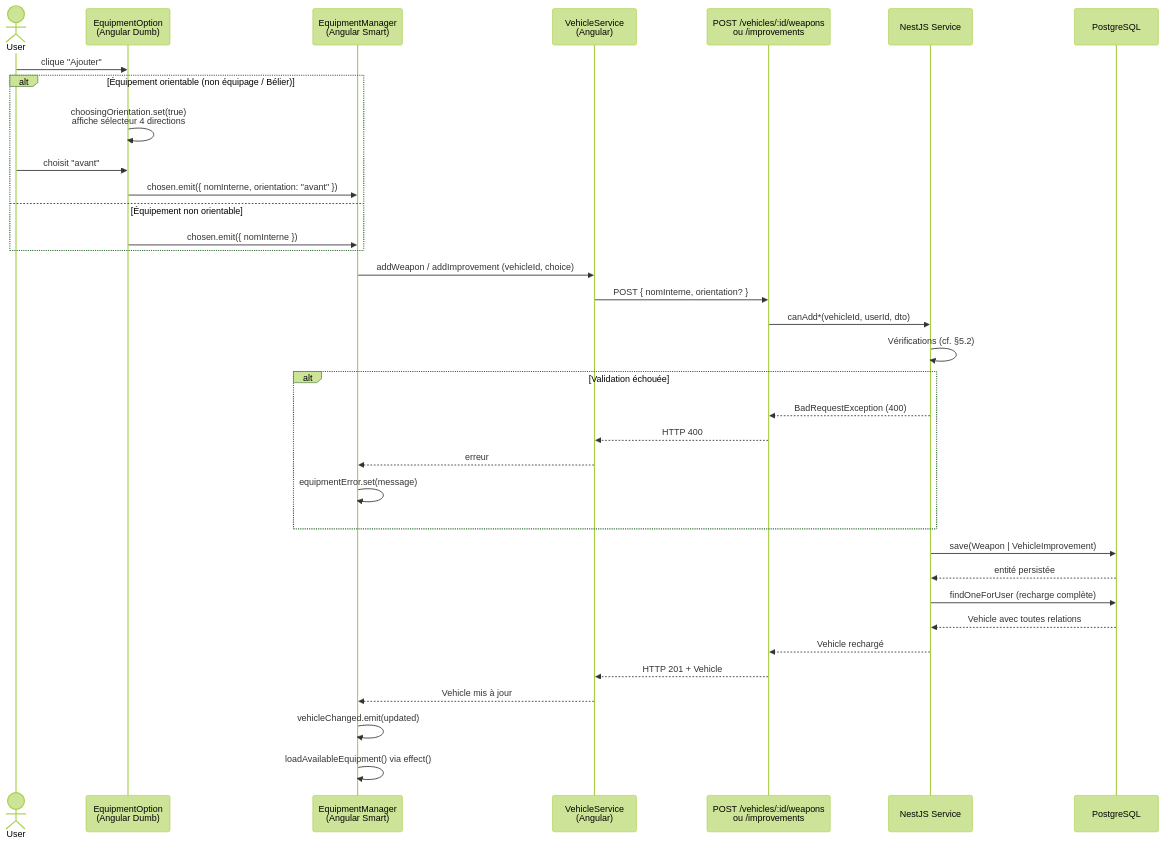
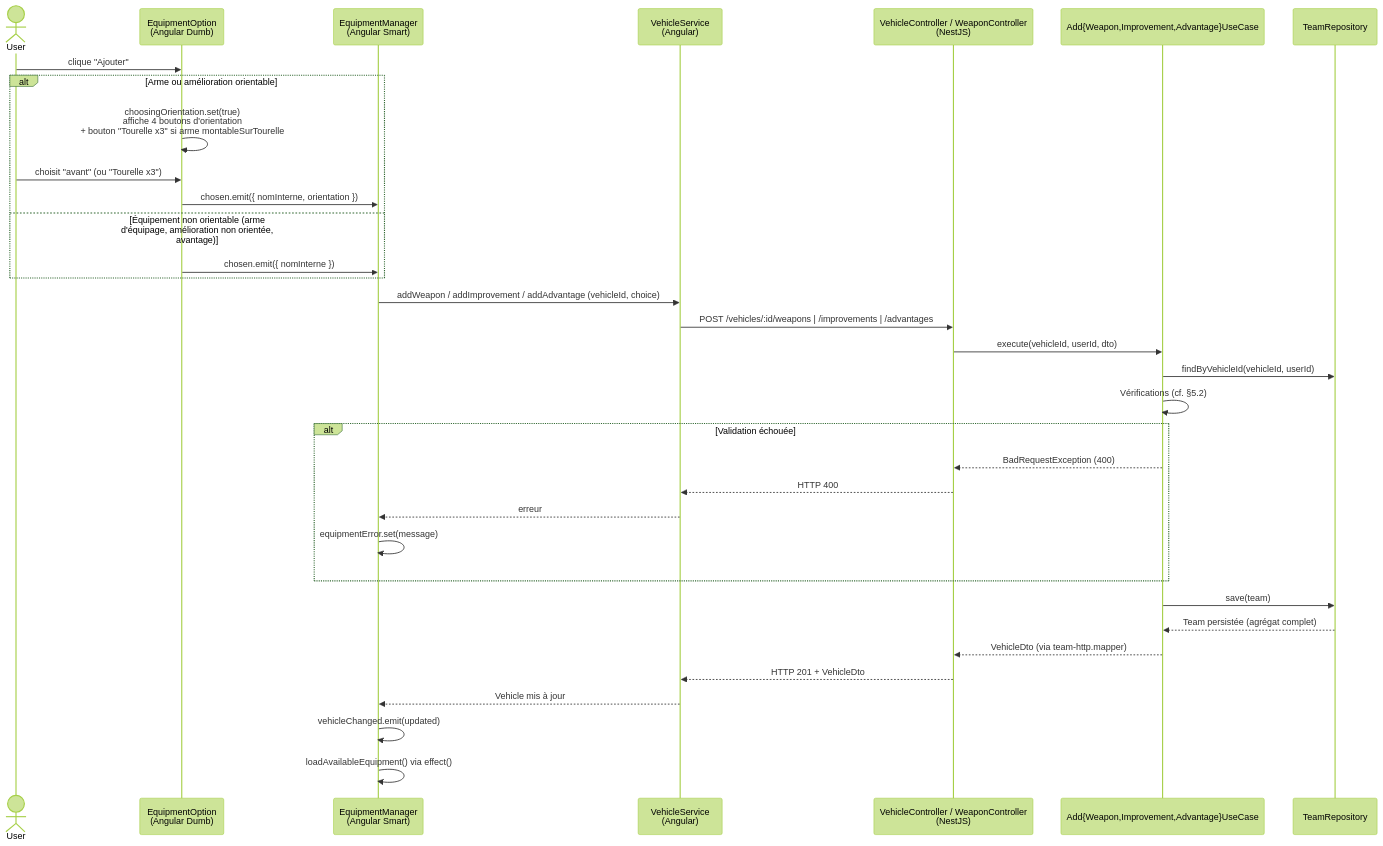
One commit to arnaudbracchetti/gaslands-manager changed the fifth of 7 diagrams in docs/VEHICLE_SYSTEM.md. Above: the diagram before and after it, drawn with Mermaid (forest theme). The commit also changed other lines of this file and 3 other files, not shown here.

First line of the commit message:
docs: resynchronise VEHICLE_SYSTEM.md, VEHICLES.md et CAMPAIGN.md avec le code

````diff
--- a/docs/VEHICLE_SYSTEM.md
+++ b/docs/VEHICLE_SYSTEM.md
@@ -392,41 +470,40 @@
 ```mermaid
 sequenceDiagram
     actor User
     participant EO as EquipmentOption<br/>(Angular Dumb)
     participant EM as EquipmentManager<br/>(Angular Smart)
     participant VS as VehicleService<br/>(Angular)
-    participant API as POST /vehicles/:id/weapons<br/>ou /improvements
-    participant BVSS as NestJS Service
-    participant DB as PostgreSQL
+    participant Ctrl as VehicleController / WeaponController<br/>(NestJS)
+    participant UC as Add{Weapon,Improvement,Advantage}UseCase
+    participant TR as TeamRepository
 
     User->>EO: clique "Ajouter"
-    alt Équipement orientable (non équipage / Bélier)
-        EO->>EO: choosingOrientation.set(true)<br/>affiche sélecteur 4 directions
-        User->>EO: choisit "avant"
-        EO->>EM: chosen.emit({ nomInterne, orientation: "avant" })
-    else Équipement non orientable
+    alt Arme ou amélioration orientable
+        EO->>EO: choosingOrientation.set(true)<br/>affiche 4 boutons d'orientation<br/>+ bouton "Tourelle x3" si arme montableSurTourelle
+        User->>EO: choisit "avant" (ou "Tourelle x3")
+        EO->>EM: chosen.emit({ nomInterne, orientation })
+    else Équipement non orientable (arme d'équipage, amélioration non orientée, avantage)
         EO->>EM: chosen.emit({ nomInterne })
     end
 
-    EM->>VS: addWeapon / addImprovement (vehicleId, choice)
-    VS->>API: POST { nomInterne, orientation? }
+    EM->>VS: addWeapon / addImprovement / addAdvantage (vehicleId, choice)
+    VS->>Ctrl: POST /vehicles/:id/weapons | /improvements | /advantages
 
-    API->>BVSS: canAdd*(vehicleId, userId, dto)
-    BVSS->>BVSS: Vérifications (cf. §5.2)
+    Ctrl->>UC: execute(vehicleId, userId, dto)
+    UC->>TR: findByVehicleId(vehicleId, userId)
+    UC->>UC: Vérifications (cf. §5.2)
     alt Validation échouée
-        BVSS-->>API: BadRequestException (400)
-        API-->>VS: HTTP 400
+        UC-->>Ctrl: BadRequestException (400)
+        Ctrl-->>VS: HTTP 400
         VS-->>EM: erreur
         EM->>EM: equipmentError.set(message)
     end
 
-    BVSS->>DB: save(Weapon | VehicleImprovement)
-    DB-->>BVSS: entité persistée
-    BVSS->>DB: findOneForUser (recharge complète)
-    DB-->>BVSS: Vehicle avec toutes relations
-    BVSS-->>API: Vehicle rechargé
-    API-->>VS: HTTP 201 + Vehicle
+    UC->>TR: save(team)
+    TR-->>UC: Team persistée (agrégat complet)
+    UC-->>Ctrl: VehicleDto (via team-http.mapper)
+    Ctrl-->>VS: HTTP 201 + VehicleDto
     VS-->>EM: Vehicle mis à jour
     EM->>EM: vehicleChanged.emit(updated)
     EM->>EM: loadAvailableEquipment() via effect()
 ```
````
